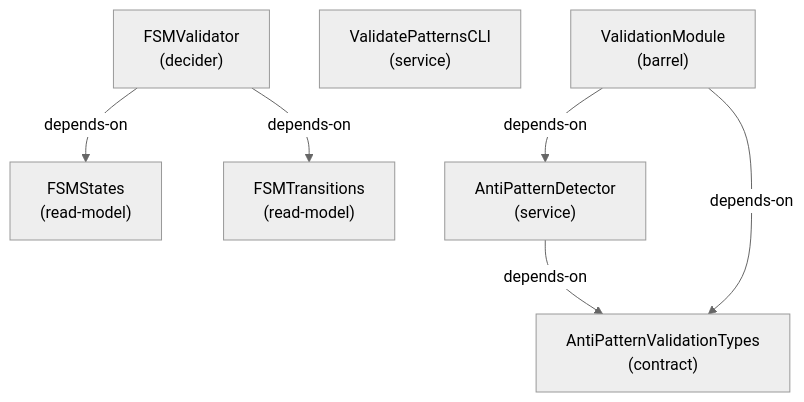
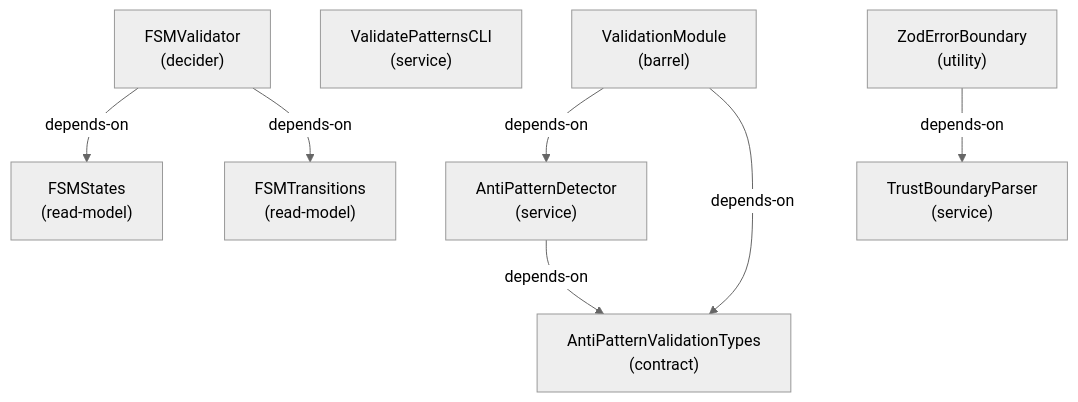
Diagram 22 of 24 in docs-live/ARCHITECTURE.md (libar-dev/architect), drawn with Mermaid (neutral theme) before and after one commit. The commit also changed other lines of this file and 21 other files, not shown here.

First line of the commit message:
docs(live): regenerate docs-live from the reshaped graph

````diff
--- a/docs-live/ARCHITECTURE.md
+++ b/docs-live/ARCHITECTURE.md
@@ -443,15 +564,18 @@
 ```mermaid
 graph TD
   antipatterndetector["AntiPatternDetector<br/>(service)"]
   antipatternvalidationtypes["AntiPatternValidationTypes<br/>(contract)"]
   fsmstates["FSMStates<br/>(read-model)"]
   fsmtransitions["FSMTransitions<br/>(read-model)"]
   fsmvalidator["FSMValidator<br/>(decider)"]
+  trustboundaryparser["TrustBoundaryParser<br/>(service)"]
   validatepatternscli["ValidatePatternsCLI<br/>(service)"]
   validationmodule["ValidationModule<br/>(barrel)"]
+  zoderrorboundary["ZodErrorBoundary<br/>(utility)"]
   antipatterndetector -->|depends-on| antipatternvalidationtypes
   fsmvalidator -->|depends-on| fsmstates
   fsmvalidator -->|depends-on| fsmtransitions
   validationmodule -->|depends-on| antipatterndetector
   validationmodule -->|depends-on| antipatternvalidationtypes
+  zoderrorboundary -->|depends-on| trustboundaryparser
 ```
````
